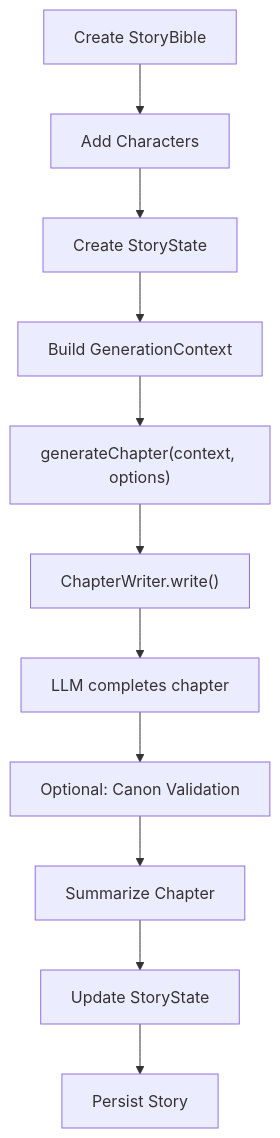
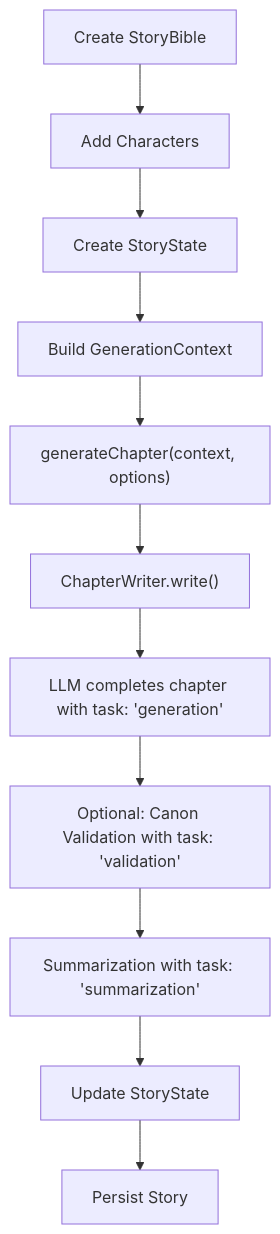
The sixth of 9 diagrams in .qoder/repowiki/en/content/AI Agent System/Writer Agent.md (liwonder/NARRITIVE_OS), drawn with Mermaid before and after one commit. The commit also changed other lines of this file and 12 other files, not shown here.

````diff
--- a/.qoder/repowiki/en/content/AI Agent System/Writer Agent.md
+++ b/.qoder/repowiki/en/content/AI Agent System/Writer Agent.md
@@ -309,13 +326,13 @@
 ```mermaid
 flowchart TD
 A["Create StoryBible"] --> B["Add Characters"]
 B --> C["Create StoryState"]
 C --> D["Build GenerationContext"]
 D --> E["generateChapter(context, options)"]
 E --> F["ChapterWriter.write()"]
-F --> G["LLM completes chapter"]
-G --> H["Optional: Canon Validation"]
-H --> I["Summarize Chapter"]
+F --> G["LLM completes chapter with task: 'generation'"]
+G --> H["Optional: Canon Validation with task: 'validation'"]
+H --> I["Summarization with task: 'summarization'"]
 I --> J["Update StoryState"]
 J --> K["Persist Story"]
 ```
````
